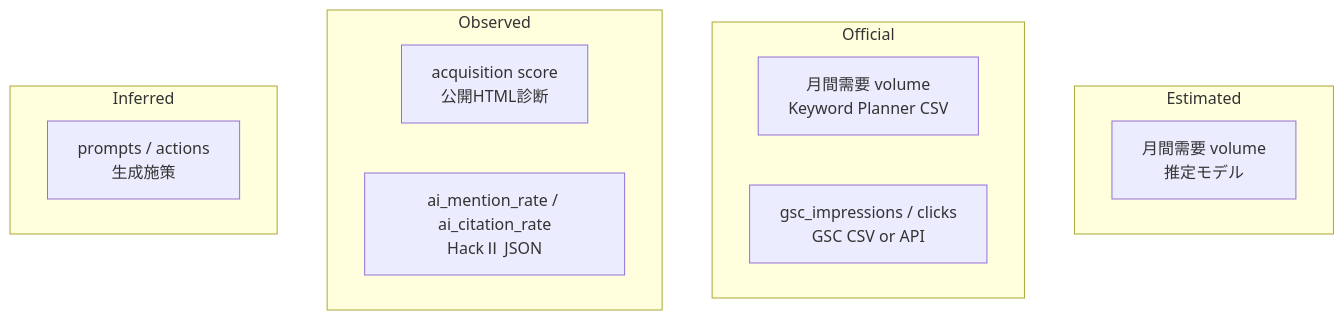
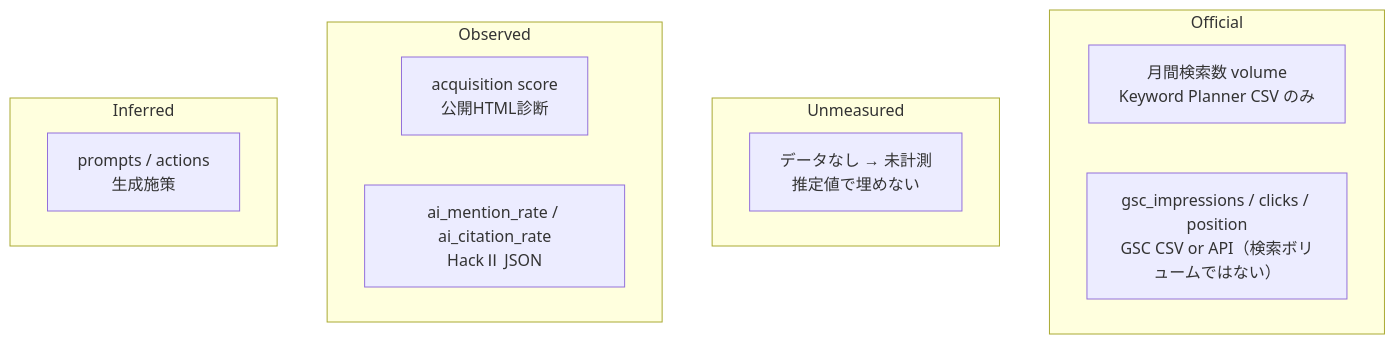
One commit to Kanta02cer/trillion-bank-hp changed the third of 5 diagrams in docs/airreach-studio-package-blueprint.md. Above: the diagram before and after it, drawn with Mermaid. The commit also changed other lines of this file and 22 other files, not shown here.

````diff
--- a/docs/airreach-studio-package-blueprint.md
+++ b/docs/airreach-studio-package-blueprint.md
@@ -92,17 +105,17 @@
 ```mermaid
 flowchart TB
-  subgraph estimated [Estimated]
-    VolE[月間需要 volume<br/>推定モデル]
+  subgraph official [Official]
+    VolO[月間検索数 volume<br/>Keyword Planner CSV のみ]
+    GSC[gsc_impressions / clicks / position<br/>GSC CSV or API（検索ボリュームではない）]
   end
-  subgraph official [Official]
-    VolO[月間需要 volume<br/>Keyword Planner CSV]
-    GSC[gsc_impressions / clicks<br/>GSC CSV or API]
+  subgraph unmeasured [Unmeasured]
+    None[データなし → 未計測<br/>推定値で埋めない]
   end
   subgraph observed [Observed]
     Score[acquisition score<br/>公開HTML診断]
     H2[ai_mention_rate / ai_citation_rate<br/>HackⅡ JSON]
   end
   subgraph inferred [Inferred]
     Prompts[prompts / actions<br/>生成施策]
   end
 ```
````
